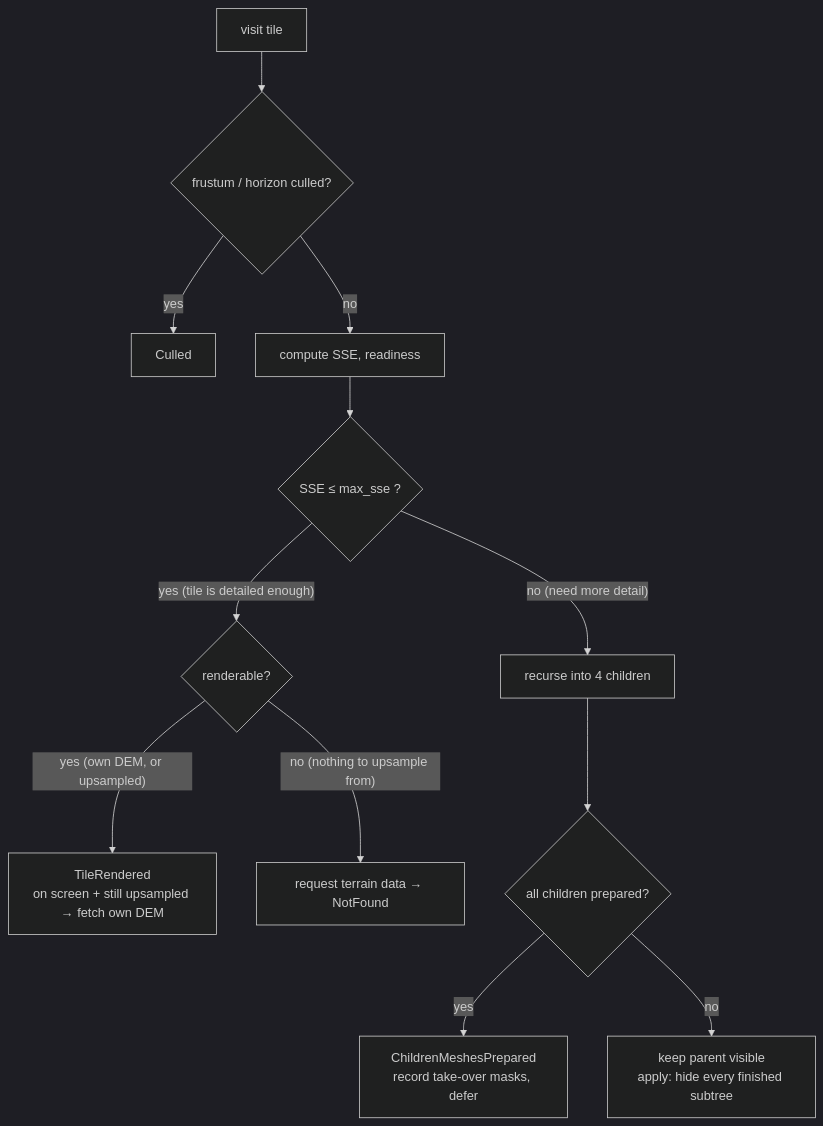
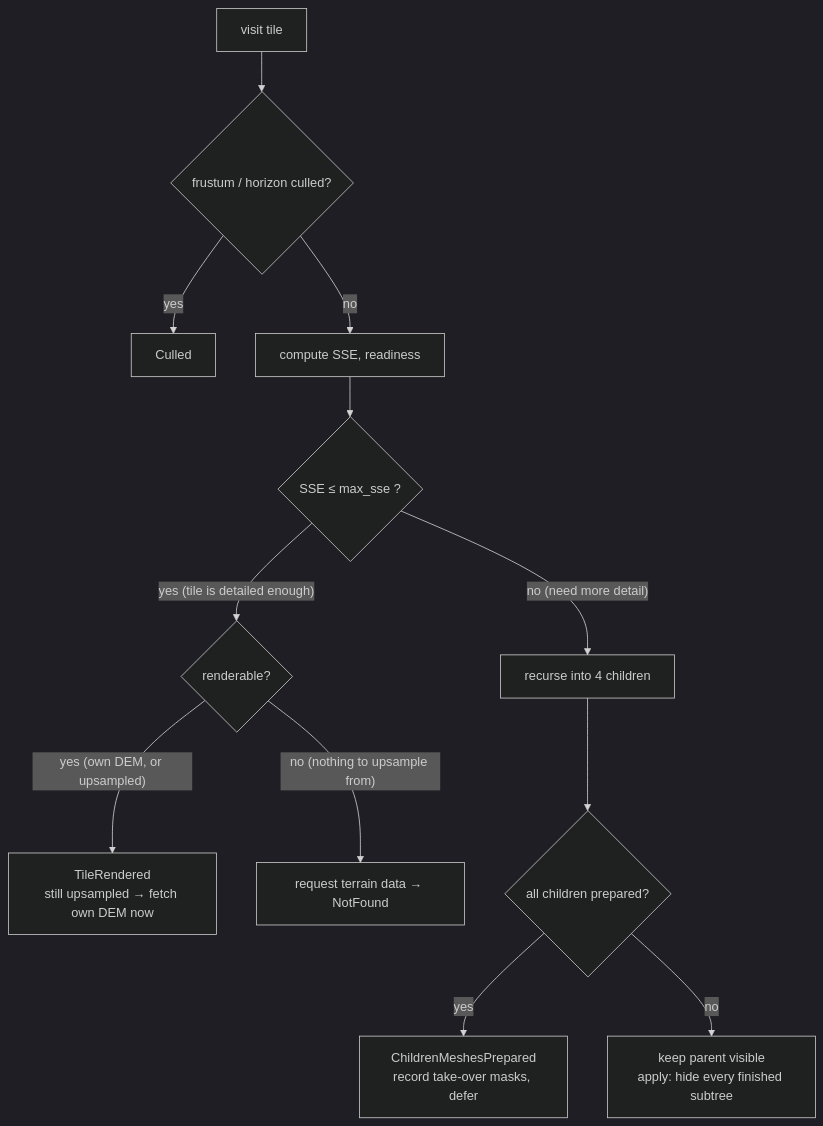
Before and after one commit to adel-elmala/navara: the fifth of 10 diagrams in guide/TILE_TERRAIN_TRAVERSAL.md, drawn with Mermaid (dark theme). The commit also changed other lines of this file and 3 other files, not shown here.

````diff
--- a/guide/TILE_TERRAIN_TRAVERSAL.md
+++ b/guide/TILE_TERRAIN_TRAVERSAL.md
@@ -153,14 +153,14 @@
 ```mermaid
 flowchart TD
   A["visit tile"] --> B{frustum / horizon culled?}
   B -- yes --> CULL["Culled"]
   B -- no --> C["compute SSE, readiness"]
   C --> D{"SSE ≤ max_sse ?"}
   D -- "yes (tile is detailed enough)" --> E{renderable?}
-  E -- "yes (own DEM, or upsampled)" --> R["TileRendered<br/>on screen + still upsampled → fetch own DEM"]
+  E -- "yes (own DEM, or upsampled)" --> R["TileRendered<br/>still upsampled → fetch own DEM now"]
   E -- "no (nothing to upsample from)" --> REQ["request terrain data → NotFound"]
   D -- "no (need more detail)" --> F["recurse into 4 children"]
   F --> G{all children prepared?}
   G -- yes --> CMP["ChildrenMeshesPrepared<br/>record take-over masks, defer"]
   G -- "no" --> H["keep parent visible<br/>apply: hide every finished subtree"]
 ```
````
